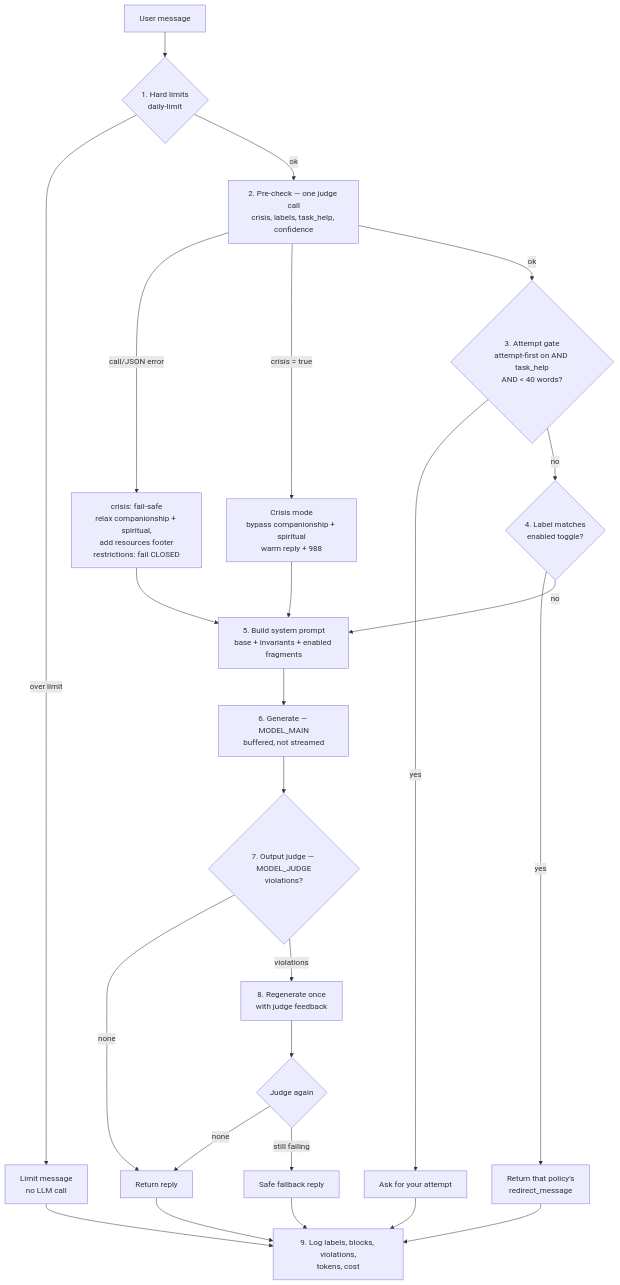
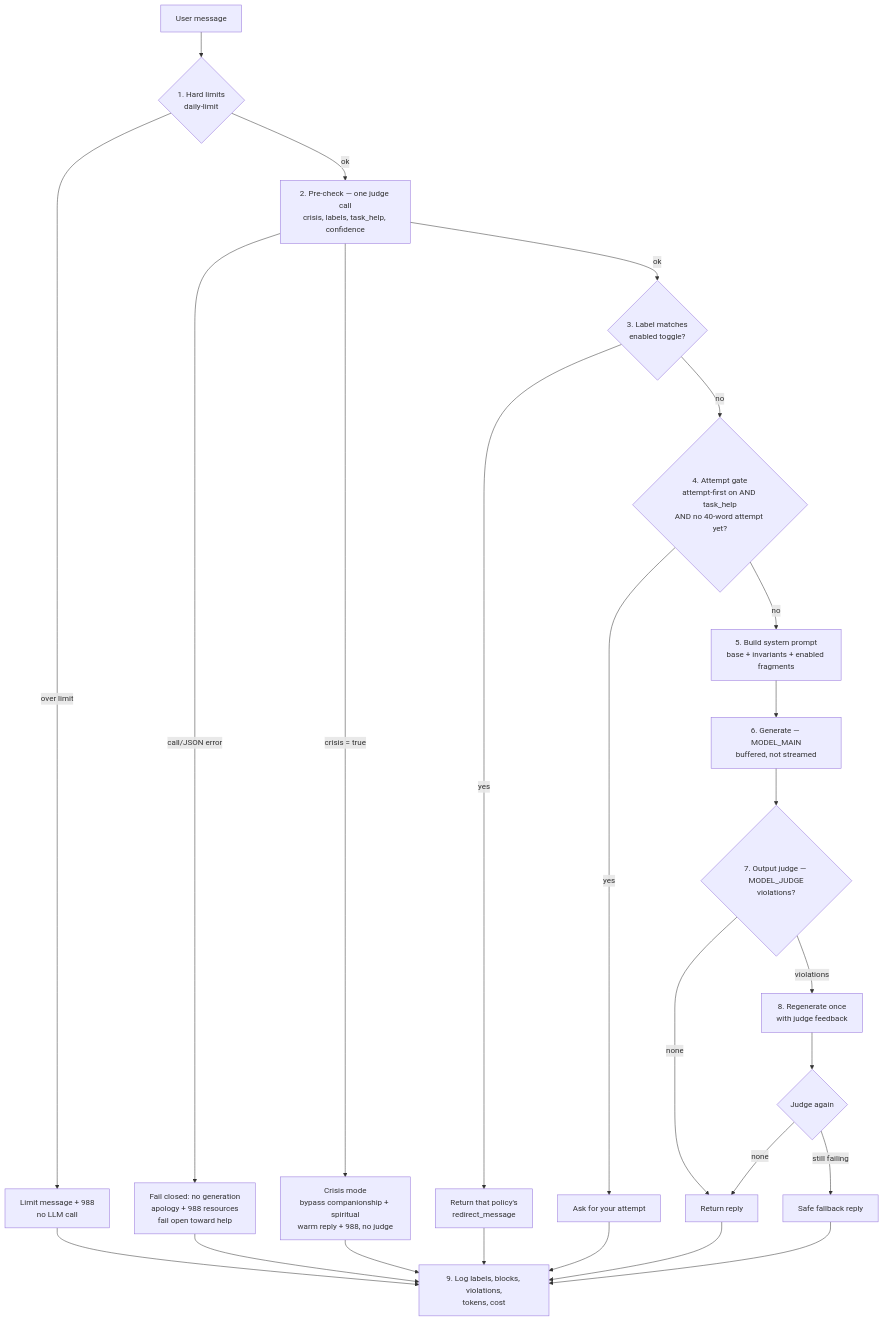
Before and after one commit to firedude32/whetstone: the second of 2 diagrams in docs/ARCHITECTURE.md, drawn with Mermaid. The commit also changed 3 other files, not shown here.

Commit message:
Redirects run before the attempt gate; fix pipeline diagram

````diff
--- a/docs/ARCHITECTURE.md
+++ b/docs/ARCHITECTURE.md
@@ -38,27 +38,27 @@
 ```mermaid
 flowchart TD
   A[User message] --> B{1. Hard limits<br/>daily-limit}
-  B -- over limit --> BX[Limit message<br/>no LLM call]
+  B -- over limit --> BX[Limit message + 988<br/>no LLM call]
   B -- ok --> C[2. Pre-check — one judge call<br/>crisis, labels, task_help, confidence]
-  C -- call/JSON error --> CE[crisis: fail-safe<br/>relax companionship + spiritual,<br/>add resources footer<br/>restrictions: fail CLOSED]
-  C -- crisis = true --> CR[Crisis mode<br/>bypass companionship + spiritual<br/>warm reply + 988]
-  C -- ok --> D{3. Attempt gate<br/>attempt-first on AND task_help<br/>AND &lt; 40 words?}
+  C -- call/JSON error --> CE[Fail closed: no generation<br/>apology + 988 resources<br/>fail open toward help]
+  C -- crisis = true --> CR[Crisis mode<br/>bypass companionship + spiritual<br/>warm reply + 988, no judge]
+  C -- ok --> E{3. Label matches<br/>enabled toggle?}
+  E -- yes --> EX[Return that policy's<br/>redirect_message]
+  E -- no --> D{4. Attempt gate<br/>attempt-first on AND task_help<br/>AND no 40-word attempt yet?}
   D -- yes --> DX[Ask for your attempt]
-  D -- no --> E{4. Label matches<br/>enabled toggle?}
-  E -- yes --> EX[Return that policy's<br/>redirect_message]
-  E -- no --> F[5. Build system prompt<br/>base + invariants + enabled fragments]
-  CR --> F
-  CE --> F
+  D -- no --> F[5. Build system prompt<br/>base + invariants + enabled fragments]
   F --> G[6. Generate — MODEL_MAIN<br/>buffered, not streamed]
   G --> H{7. Output judge — MODEL_JUDGE<br/>violations?}
   H -- none --> OK[Return reply]
   H -- violations --> I[8. Regenerate once<br/>with judge feedback]
   I --> H2{Judge again}
   H2 -- none --> OK
   H2 -- still failing --> FB[Safe fallback reply]
   OK --> L[9. Log labels, blocks, violations,<br/>tokens, cost]
   FB --> L
   EX --> L
   DX --> L
   BX --> L
+  CE --> L
+  CR --> L
 ```
````
